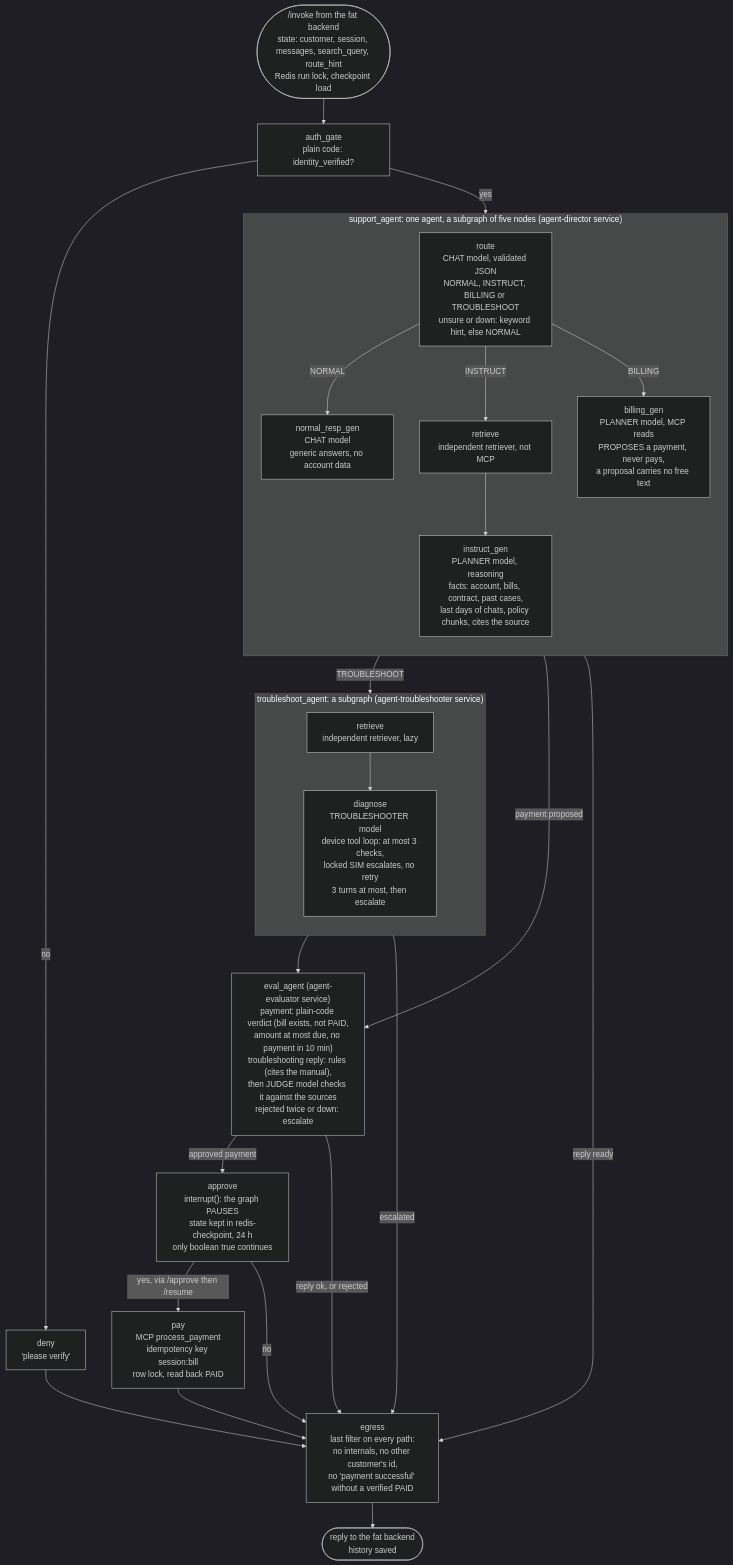
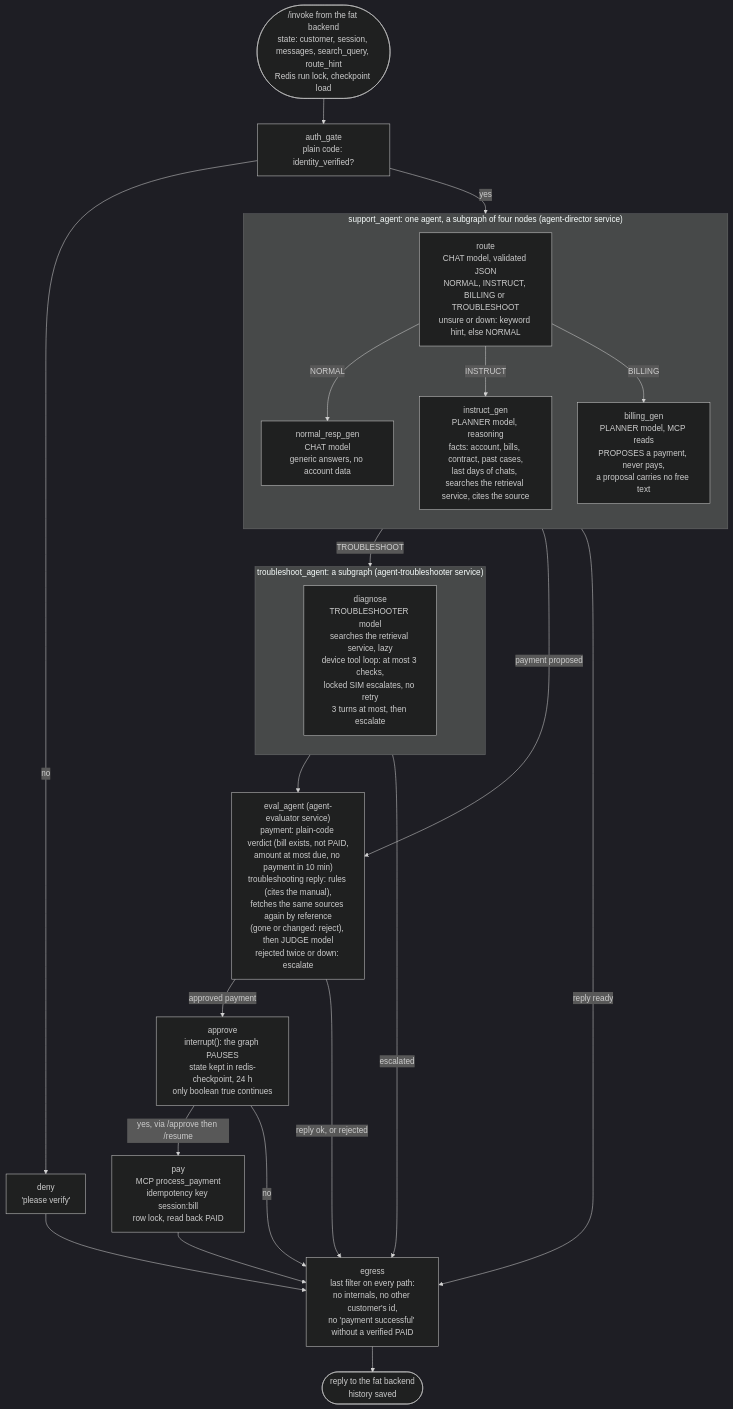
The second of 3 diagrams in docs/02_design_note.md (ceoandchairman-ui/Newfold_digital_assignment), drawn with Mermaid (dark theme) before and after one commit. The commit also changed other lines of this file and 81 other files, not shown here.

First line of the commit message:
Add retrieval service, resilience, security and logging work

````diff
--- a/docs/02_design_note.md
+++ b/docs/02_design_note.md
@@ -102,43 +102,40 @@
 ```mermaid
 flowchart TD
   START(["/invoke from the fat backend<br/>state: customer, session, messages, search_query, route_hint<br/>Redis run lock, checkpoint load"])
   START --> AUTH["auth_gate<br/>plain code: identity_verified?"]
   AUTH -- "no" --> DENY["deny<br/>'please verify'"]
   AUTH -- "yes" --> SUPPORT
 
-  subgraph SUPPORT["support_agent: one agent, a subgraph of five nodes (agent-director service)"]
+  subgraph SUPPORT["support_agent: one agent, a subgraph of four nodes (agent-director service)"]
     direction TB
     R["route<br/>CHAT model, validated JSON<br/>NORMAL, INSTRUCT, BILLING or TROUBLESHOOT<br/>unsure or down: keyword hint, else NORMAL"]
     N["normal_resp_gen<br/>CHAT model<br/>generic answers, no account data"]
-    RT1["retrieve<br/>independent retriever, not MCP"]
-    I["instruct_gen<br/>PLANNER model, reasoning<br/>facts: account, bills, contract, past cases,<br/>last days of chats, policy chunks, cites the source"]
+    I["instruct_gen<br/>PLANNER model, reasoning<br/>facts: account, bills, contract, past cases,<br/>last days of chats, searches the retrieval service, cites the source"]
     B["billing_gen<br/>PLANNER model, MCP reads<br/>PROPOSES a payment, never pays,<br/>a proposal carries no free text"]
     R -- "NORMAL" --> N
-    R -- "INSTRUCT" --> RT1 --> I
+    R -- "INSTRUCT" --> I
     R -- "BILLING" --> B
   end
 
   SUPPORT -- "TROUBLESHOOT" --> TROUBLE
 
   subgraph TROUBLE["troubleshoot_agent: a subgraph (agent-troubleshooter service)"]
     direction TB
-    RT2["retrieve<br/>independent retriever, lazy"]
-    D["diagnose<br/>TROUBLESHOOTER model<br/>device tool loop: at most 3 checks,<br/>locked SIM escalates, no retry<br/>3 turns at most, then escalate"]
-    RT2 --> D
+    D["diagnose<br/>TROUBLESHOOTER model<br/>searches the retrieval service, lazy<br/>device tool loop: at most 3 checks,<br/>locked SIM escalates, no retry<br/>3 turns at most, then escalate"]
   end
 
   SUPPORT -- "payment proposed" --> EVAL
   SUPPORT -- "reply ready" --> EGRESS
   TROUBLE --> EVAL
   TROUBLE -- "escalated" --> EGRESS
 
-  EVAL["eval_agent (agent-evaluator service)<br/>payment: plain-code verdict (bill exists, not PAID,<br/>amount at most due, no payment in 10 min)<br/>troubleshooting reply: rules (cites the manual),<br/>then JUDGE model checks it against the sources<br/>rejected twice or down: escalate"]
+  EVAL["eval_agent (agent-evaluator service)<br/>payment: plain-code verdict (bill exists, not PAID,<br/>amount at most due, no payment in 10 min)<br/>troubleshooting reply: rules (cites the manual),<br/>fetches the same sources again by reference<br/>(gone or changed: reject), then JUDGE model<br/>rejected twice or down: escalate"]
   EVAL -- "approved payment" --> APPROVE["approve<br/>interrupt(): the graph PAUSES<br/>state kept in redis-checkpoint, 24 h<br/>only boolean true continues"]
   EVAL -- "reply ok, or rejected" --> EGRESS
   APPROVE -- "yes, via /approve then /resume" --> PAY["pay<br/>MCP process_payment<br/>idempotency key session:bill<br/>row lock, read back PAID"]
   APPROVE -- "no" --> EGRESS
   PAY --> EGRESS
   DENY --> EGRESS
   EGRESS["egress<br/>last filter on every path:<br/>no internals, no other customer's id,<br/>no 'payment successful' without a verified PAID"]
   EGRESS --> END(["reply to the fat backend<br/>history saved"])
 ```
````
